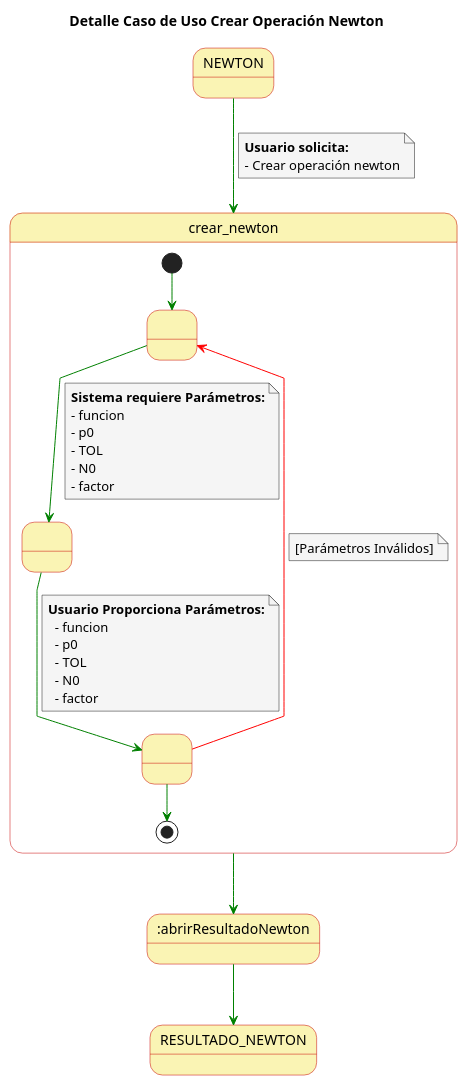
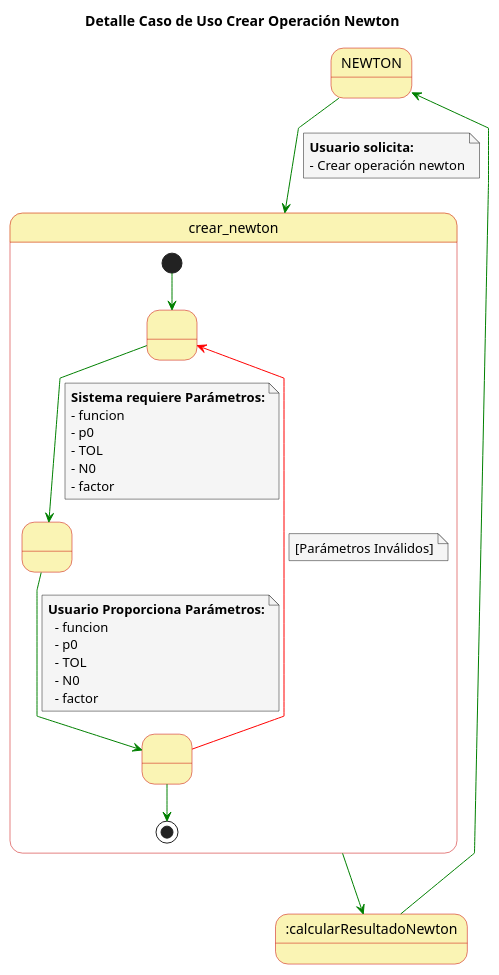
The diagram in casosDeUso/detallesCasosUsoEcuacionesUnaVariable/detalleCasoUsoCrearNewton.puml (rodri5villa/numath-API), drawn with PlantUML before and after one commit. The commit also changed 148 other files, not shown here.

```diff
--- a/casosDeUso/detallesCasosUsoEcuacionesUnaVariable/detalleCasoUsoCrearNewton.puml
+++ b/casosDeUso/detallesCasosUsoEcuacionesUnaVariable/detalleCasoUsoCrearNewton.puml
@@ -1,58 +1,61 @@
 @startuml
+
+top to bottom direction
 
 skinparam state {
   BackgroundColor #faf4b4
   BorderColor #c90000
 }
 
 skinparam note {
   BackgroundColor #f5f5f5
 }
 
 skinparam linetype polyline
 
 title Detalle Caso de Uso Crear Operación Newton
 
+state NEWTON 
 
 NEWTON -[#green]-> crear_newton 
 note on link
   **Usuario solicita:**
   - Crear operación newton
 end note
 
 state crear_newton {
   state 1 as " "
   state 2 as " "
   state 3 as " "
   
   [*] -[#green]-> 1
   1 -[#green]-> 2
   note on link
       **Sistema requiere Parámetros:**
       - funcion
       - p0
       - TOL
       - N0
       - factor
   end note
   2 -[#green]-> 3
   note on link
     **Usuario Proporciona Parámetros:**
       - funcion
       - p0
       - TOL
       - N0
       - factor
   end note
   3 -[#red]-> 1
   note on link
     [Parámetros Inválidos]
   end note
   3 -[#green]-> [*]
 }
 
-crear_newton -[#green]-> :abrirResultadoNewton
+crear_newton -[#green]-> :calcularResultadoNewton
 
-:abrirResultadoNewton -[#green]-> RESULTADO_NEWTON
+:calcularResultadoNewton-[#green]-> NEWTON 
 
 @enduml
```
